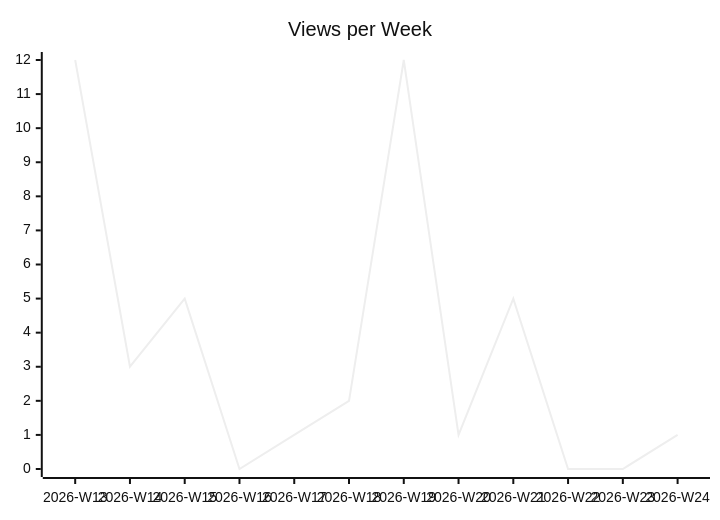
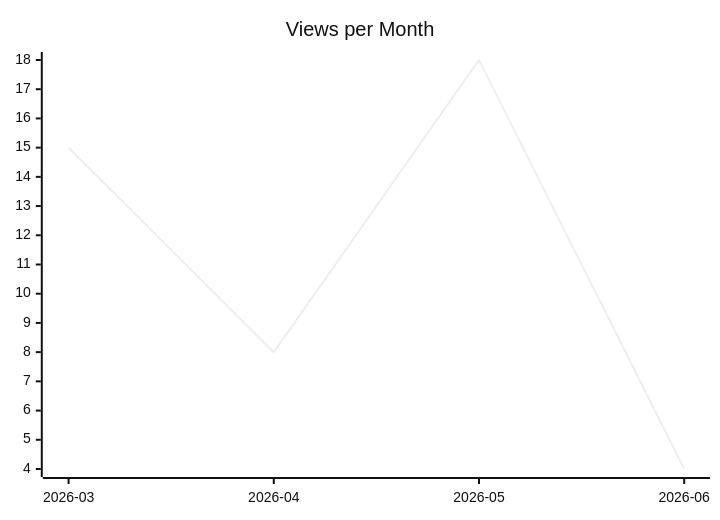
The second of 3 diagrams in karlmdavis/xmlpull/README.md (justdavis-family/github-analytics-data), drawn with Mermaid (neutral theme) before and after one commit. The commit also changed other lines of this file and 198 other files, not shown here.

````diff
--- a/karlmdavis/xmlpull/README.md
+++ b/karlmdavis/xmlpull/README.md
@@ -12,6 +12,6 @@
 ```mermaid
 xychart-beta
-  title "Views per Week"
-  x-axis ["2026-W13", "2026-W14", "2026-W15", "2026-W16", "2026-W17", "2026-W18", "2026-W19", "2026-W20", "2026-W21", "2026-W22", "2026-W23", "2026-W24"]
-  line [12, 3, 5, 0, 1, 2, 12, 1, 5, 0, 0, 1]
+  title "Views per Month"
+  x-axis ["2026-03", "2026-04", "2026-05", "2026-06"]
+  line [15, 8, 18, 4]
 ```
````
